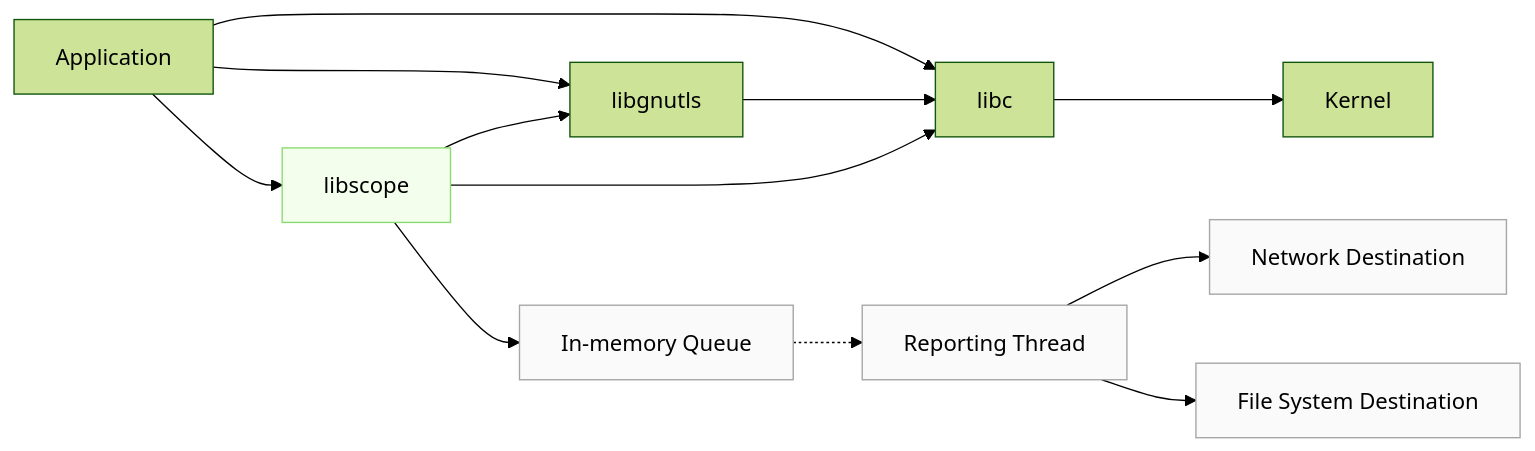
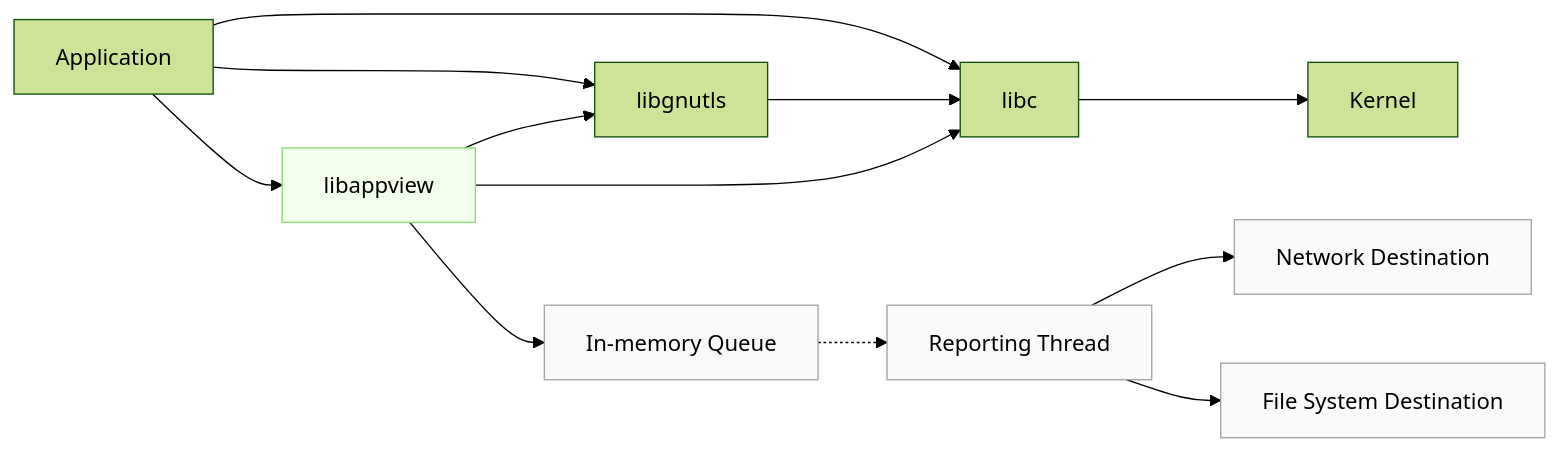
The diagram in README.md (appview-team/appview), drawn with Mermaid (forest theme) before and after one commit. The commit also changed other lines of this file and 697 other files, not shown here.

````diff
--- a/README.md
+++ b/README.md
@@ -14,19 +14,19 @@
 ```mermaid
 graph LR
-    A[Application] --> B[libscope]
+    A[Application] --> B[libappview]
     A[Application]--> C[libgnutls]
     A[Application]--> D[libc]
     C --> D
     B --> D
     B --> C
     D --> I[Kernel]
     B --> E[In-memory Queue]
     E -.-> F[Reporting Thread]
     F --> G[Network Destination]
     F --> H[File System Destination]
     style B fill:#f3ffec,stroke:#89db70
     style E fill:#fafafa,stroke:#a6a6a6
     style F fill:#fafafa,stroke:#a6a6a6
     style G fill:#fafafa,stroke:#a6a6a6
     style H fill:#fafafa,stroke:#a6a6a6
 ```
````
